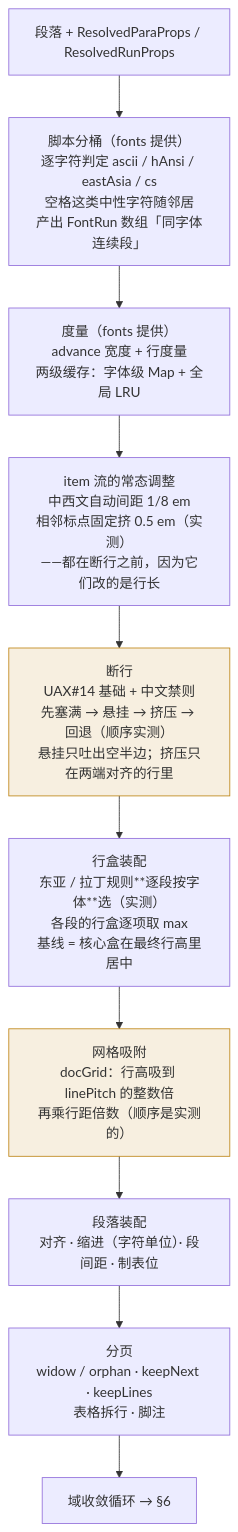
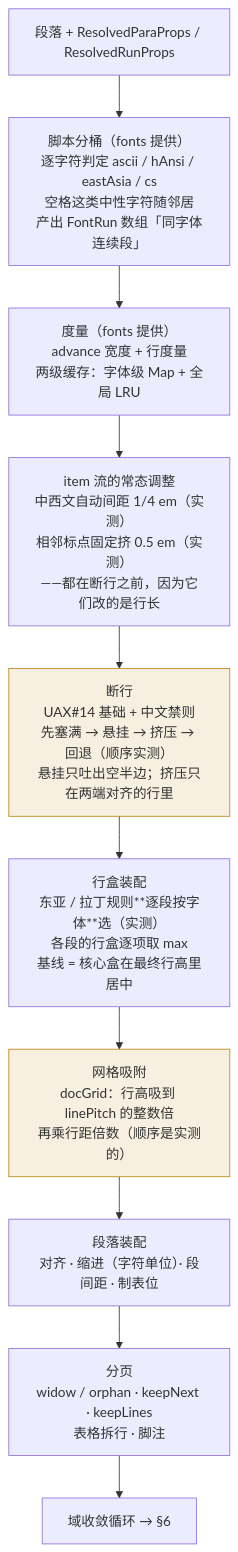
The fourth of 7 diagrams in docs/architecture.md (shedan9/ultimate-word-js), drawn with Mermaid before and after one commit. The commit also changed other lines of this file and 21 other files, not shown here.

````diff
--- a/docs/architecture.md
+++ b/docs/architecture.md
@@ -263,16 +263,16 @@
 ```mermaid
 flowchart TB
   A["段落 + ResolvedParaProps / ResolvedRunProps"] --> B
   B["脚本分桶（fonts 提供）<br/>逐字符判定 ascii / hAnsi / eastAsia / cs<br/>空格这类中性字符随邻居<br/>产出 FontRun 数组「同字体连续段」"] --> C
   C["度量（fonts 提供）<br/>advance 宽度 + 行度量<br/>两级缓存：字体级 Map + 全局 LRU"] --> C2
-  C2["item 流的常态调整<br/>中西文自动间距 1/8 em<br/>相邻标点固定挤 0.5 em（实测）<br/>——都在断行之前，因为它们改的是行长"] --> D
+  C2["item 流的常态调整<br/>中西文自动间距 1/4 em（实测）<br/>相邻标点固定挤 0.5 em（实测）<br/>——都在断行之前，因为它们改的是行长"] --> D
   D["断行<br/>UAX#14 基础 + 中文禁则<br/>先塞满 → 悬挂 → 挤压 → 回退（顺序实测）<br/>悬挂只吐出空半边；挤压只在两端对齐的行里"] --> E
   E["行盒装配<br/>东亚 / 拉丁规则**逐段按字体**选（实测）<br/>各段的行盒逐项取 max<br/>基线 = 核心盒在最终行高里居中"] --> F
   F["网格吸附<br/>docGrid：行高吸到 linePitch 的整数倍<br/>再乘行距倍数（顺序是实测的）"] --> G
   G["段落装配<br/>对齐 · 缩进（字符单位）· 段间距 · 制表位"] --> H
   H["分页<br/>widow / orphan · keepNext · keepLines<br/>表格拆行 · 脚注"] --> I
   I["域收敛循环 → §6"]
 
   style D fill:#bf871922,stroke:#bf8719
   style F fill:#bf871922,stroke:#bf8719
 ```
````
